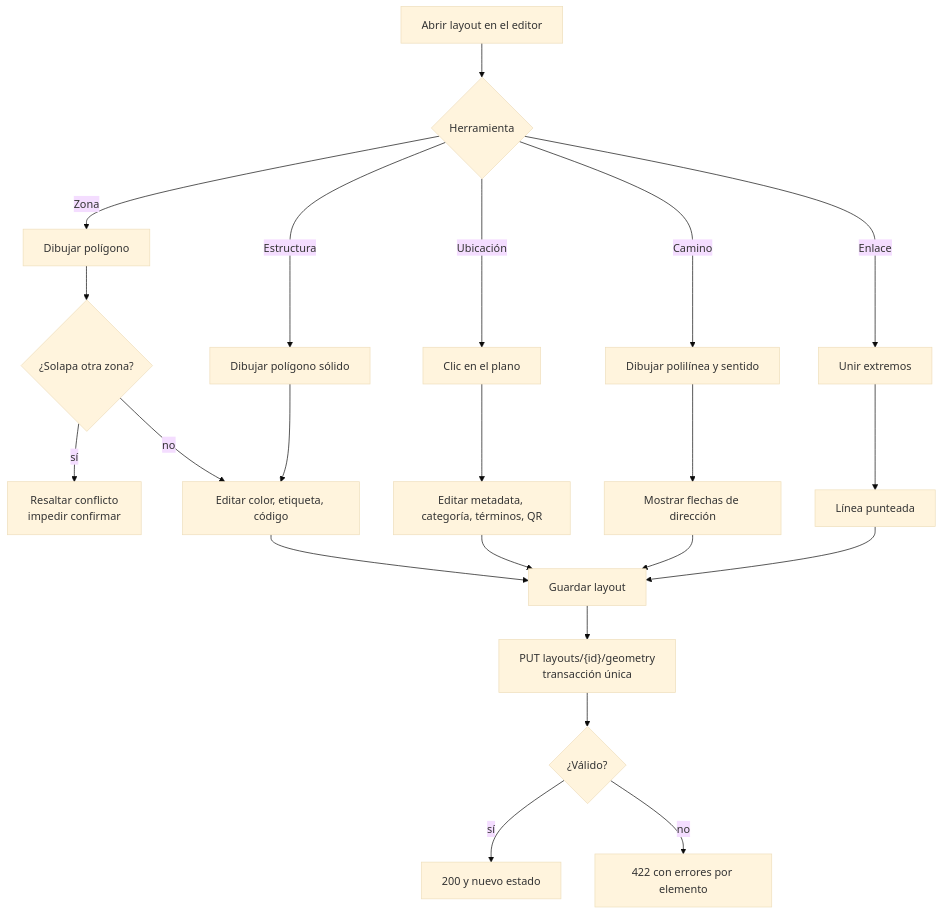
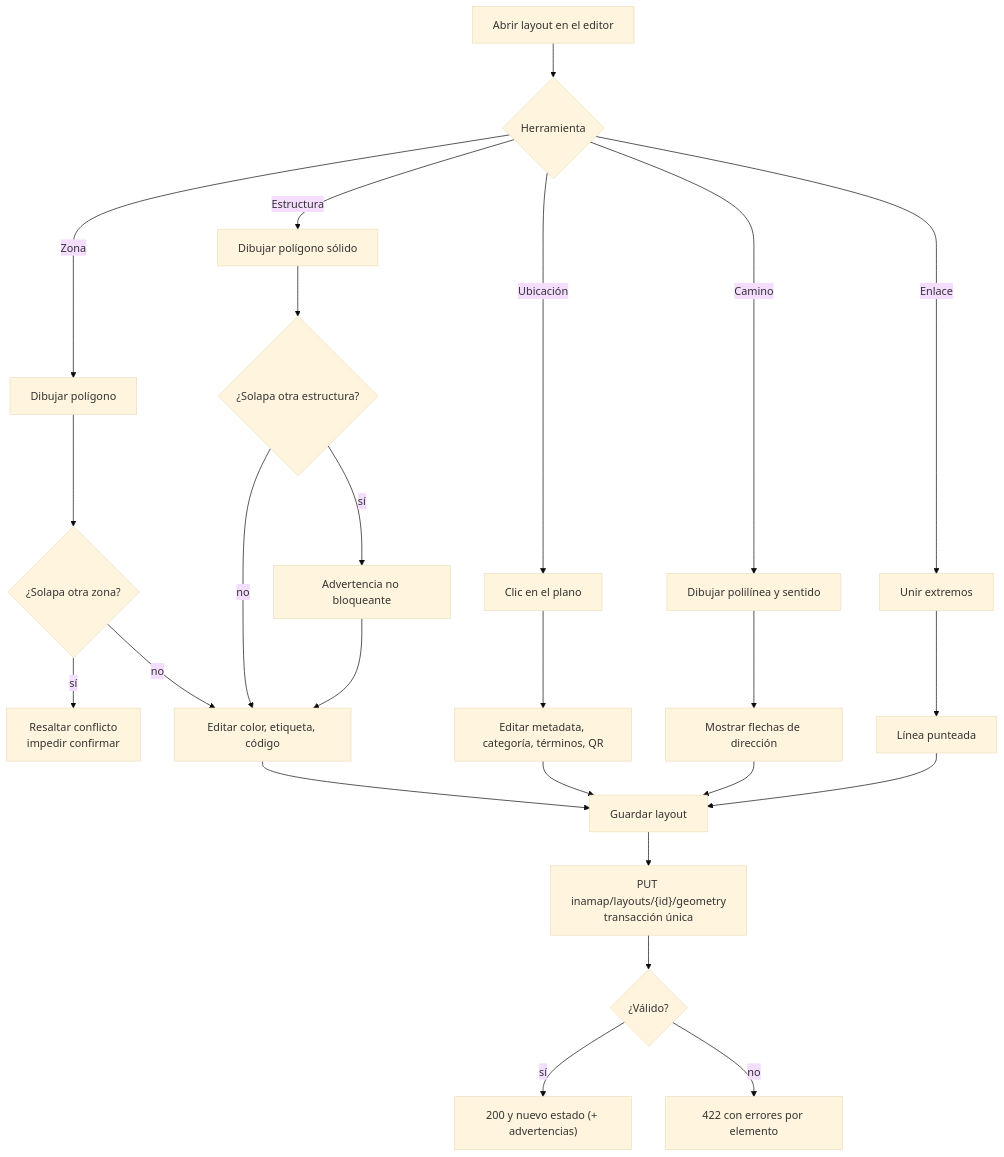
Before and after one commit to farandal/inamap-backend-domain: diagram 13 of 21 in README.md, drawn with Mermaid (base theme). The commit also changed other lines of this file, not shown here.

First line of the commit message:
docs: finalize INAMAP domain specification

````diff
--- a/README.md
+++ b/README.md
@@ -930,24 +1082,27 @@
 ```mermaid
 flowchart TD
     S["Abrir layout en el editor"] --> T{"Herramienta"}
     T -->|"Zona"| Z["Dibujar polígono"]
     T -->|"Estructura"| E["Dibujar polígono sólido"]
     T -->|"Ubicación"| L["Clic en el plano"]
     T -->|"Camino"| P["Dibujar polilínea y sentido"]
     T -->|"Enlace"| K["Unir extremos"]
     Z --> V1{"¿Solapa otra zona?"}
     V1 -->|"sí"| X["Resaltar conflicto<br/>impedir confirmar"]
     V1 -->|"no"| M["Editar color, etiqueta, código"]
-    E --> M
+    E --> V2{"¿Solapa otra estructura?"}
+    V2 -->|"sí"| W2["Advertencia no bloqueante"]
+    V2 -->|"no"| M
+    W2 --> M
     L --> N["Editar metadata, categoría, términos, QR"]
     P --> O["Mostrar flechas de dirección"]
     K --> Q["Línea punteada"]
     M --> G["Guardar layout"]
     N --> G
     O --> G
     Q --> G
-    G --> R["PUT layouts/{id}/geometry<br/>transacción única"]
+    G --> R["PUT inamap/layouts/{id}/geometry<br/>transacción única"]
     R --> W{"¿Válido?"}
-    W -->|"sí"| OK["200 y nuevo estado"]
+    W -->|"sí"| OK["200 y nuevo estado (+ advertencias)"]
     W -->|"no"| ER["422 con errores por elemento"]
 ```
````
